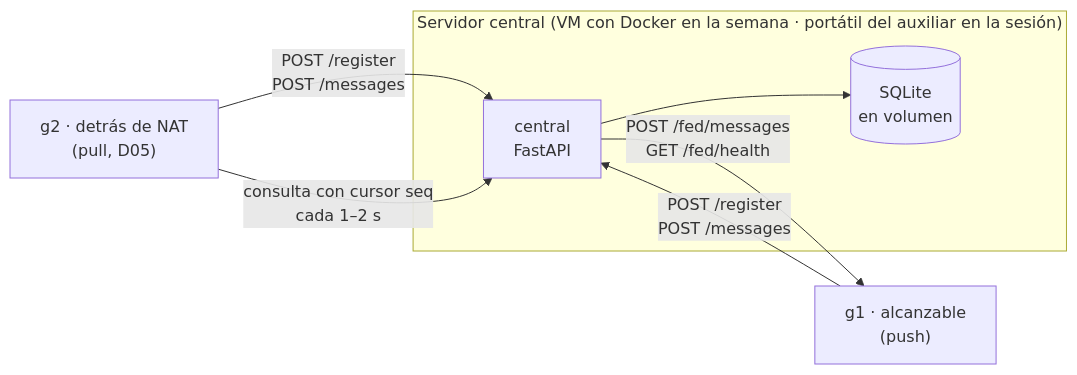
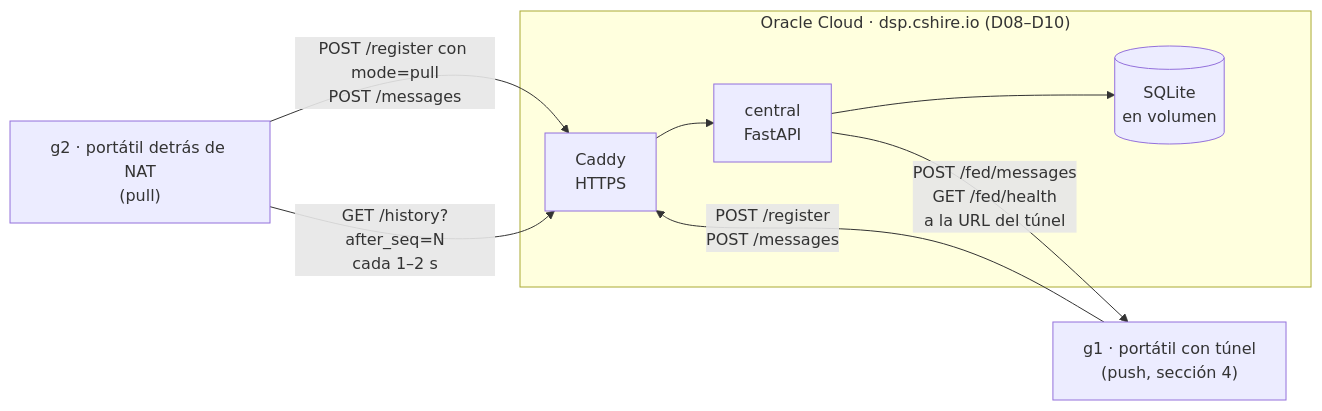
Before and after one commit to javierchacon262/central-server-dsp: the second of 2 diagrams in README.md, drawn with Mermaid. The commit also changed other lines of this file and 2 other files, not shown here.

First line of the commit message:
docs(spdd): ronda 2 de decisiones del servidor central

````diff
--- a/README.md
+++ b/README.md
@@ -44,10 +46,11 @@
 ```mermaid
 flowchart LR
-    subgraph VM["Servidor central (VM con Docker en la semana · portátil del auxiliar en la sesión)"]
-        CE["central<br/>FastAPI"] --> DB[("SQLite<br/>en volumen")]
+    subgraph NUBE["Oracle Cloud · dsp.cshire.io (D08–D10)"]
+        CA["Caddy<br/>HTTPS"] --> CE["central<br/>FastAPI"]
+        CE --> DB[("SQLite<br/>en volumen")]
     end
-    GA["g1 · alcanzable<br/>(push)"] -->|"POST /register<br/>POST /messages"| CE
-    CE -->|"POST /fed/messages<br/>GET /fed/health"| GA
-    GB["g2 · detrás de NAT<br/>(pull, D05)"] -->|"POST /register<br/>POST /messages"| CE
-    GB -->|"consulta con cursor seq<br/>cada 1–2 s"| CE
+    GB["g2 · portátil detrás de NAT<br/>(pull)"] -->|"POST /register con mode=pull<br/>POST /messages"| CA
+    GB -->|"GET /history?after_seq=N<br/>cada 1–2 s"| CA
+    GA["g1 · portátil con túnel<br/>(push, sección 4)"] -->|"POST /register<br/>POST /messages"| CA
+    CE -->|"POST /fed/messages<br/>GET /fed/health<br/>a la URL del túnel"| GA
 ```
````
